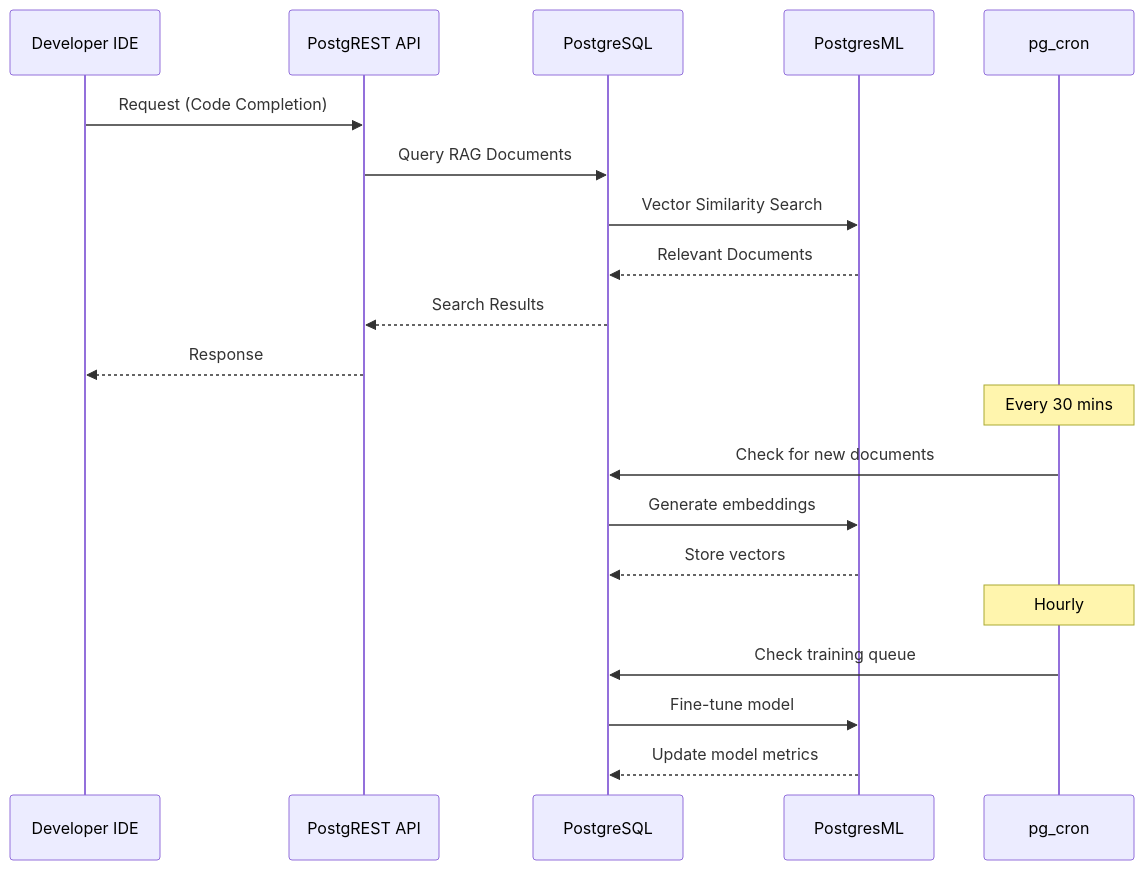
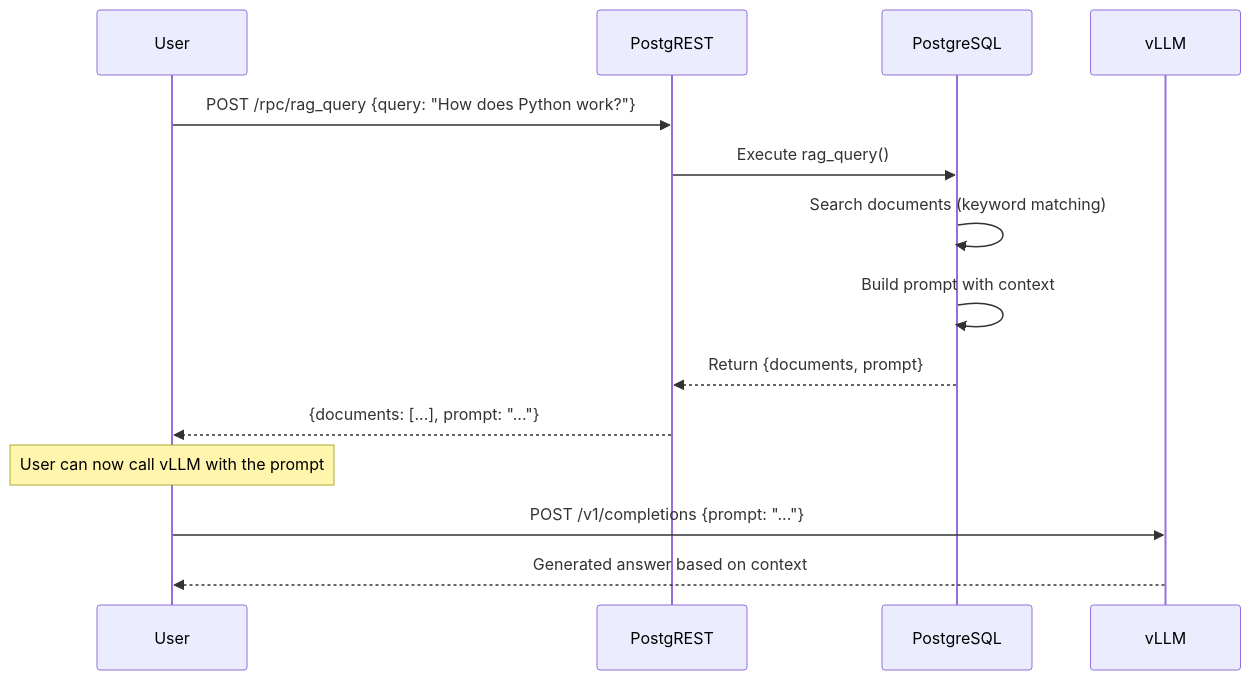
One commit to devad2/pools changed the second of 2 diagrams in README.md. Above: the diagram before and after it, drawn with Mermaid. The commit also changed other lines of this file and 5 other files, not shown here.

````diff
--- a/README.md
+++ b/README.md
@@ -61,25 +35,18 @@
 ```mermaid
 sequenceDiagram
-    participant IDE as Developer IDE
-    participant API as PostgREST API
+    participant User
+    participant API as PostgREST
     participant DB as PostgreSQL
-    participant ML as PostgresML
-    participant CRON as pg_cron
-    
-    IDE->>API: Request (Code Completion)
-    API->>DB: Query RAG Documents
-    DB->>ML: Vector Similarity Search
-    ML-->>DB: Relevant Documents
-    DB-->>API: Search Results
-    API-->>IDE: Response
-    
-    Note over CRON: Every 30 mins
-    CRON->>DB: Check for new documents
-    DB->>ML: Generate embeddings
-    ML-->>DB: Store vectors
-    
-    Note over CRON: Hourly
-    CRON->>DB: Check training queue
-    DB->>ML: Fine-tune model
-    ML-->>DB: Update model metrics
+    participant LLM as vLLM
+
+    User->>API: POST /rpc/rag_query {query: "How does Python work?"}
+    API->>DB: Execute rag_query()
+    DB->>DB: Search documents (keyword matching)
+    DB->>DB: Build prompt with context
+    DB-->>API: Return {documents, prompt}
+    API-->>User: {documents: [...], prompt: "..."}
+
+    Note over User: User can now call vLLM with the prompt
+    User->>LLM: POST /v1/completions {prompt: "..."}
+    LLM-->>User: Generated answer based on context
 ```
````
